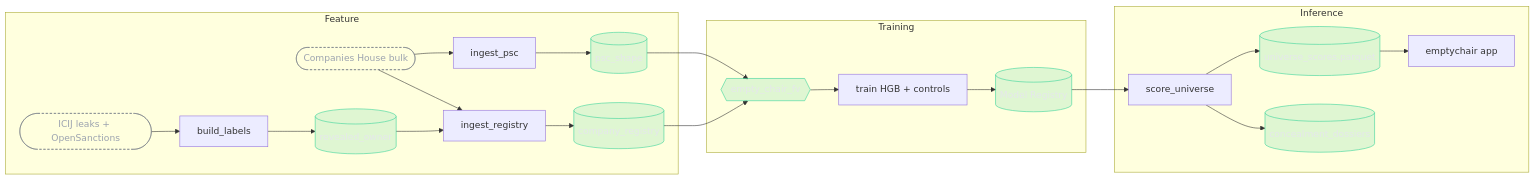
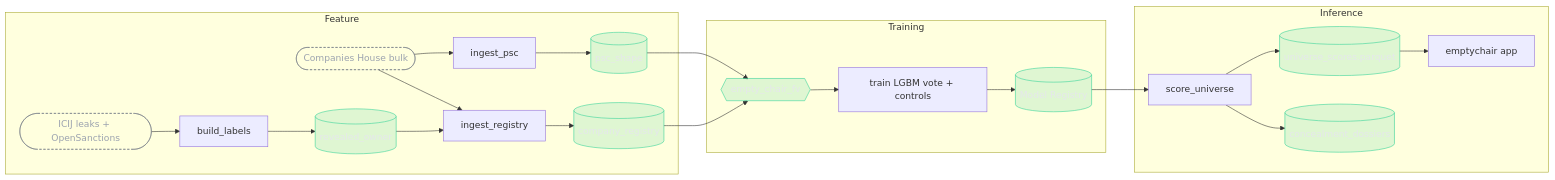
One commit to MagicLex/empty-chair changed the diagram in README.md. Above: the diagram before and after it, drawn with Mermaid. The commit also changed other lines of this file and 3 other files, not shown here.

````diff
--- a/README.md
+++ b/README.md
@@ -66,21 +72,21 @@
 ```mermaid
 flowchart LR
     ch([Companies House bulk]):::ext
     icij([ICIJ leaks + OpenSanctions]):::ext
     subgraph FE[Feature]
         icij --> f1[build_labels] --> lab[(revealed_owner)]:::hops
         ch --> f2[ingest_registry] --> reg[(company_registry)]:::hops
         ch --> f3[ingest_psc] --> psc[(psc_shape)]:::hops
         lab --> f2
     end
     subgraph TR[Training]
-        reg --> fv{{empty_chair_fv}}:::hops --> t[train HGB + controls] --> m[(Model Registry)]:::hops
+        reg --> fv{{empty_chair_fv}}:::hops --> t[train LGBM vote + controls] --> m[(Model Registry)]:::hops
         psc --> fv
     end
     subgraph INF[Inference]
         m --> s[score_universe] --> dos[(concealment_dossiers)]:::hops
         s --> pq[(universe_scores.parquet)]:::hops --> app[emptychair app]
     end
     classDef hops fill:#10b98122,stroke:#34d399,color:#e5e7eb;
     classDef ext fill:none,stroke:#6b7280,color:#9ca3af,stroke-dasharray:4 3;
 ```
````
